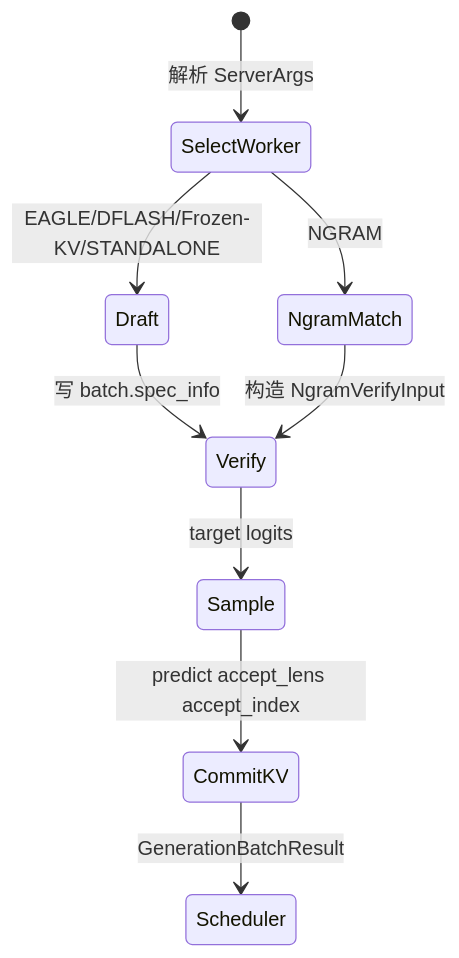
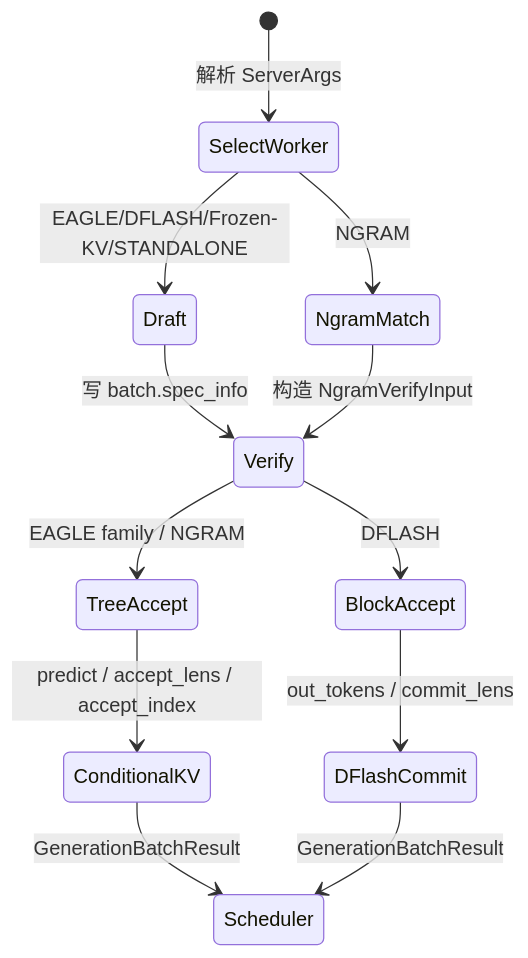
Before and after one commit to OnlyHero5/sglang-reading-vault: the diagram in sglang_reading/高级特性/Speculative/SGLang-Speculative-核心概念.md, drawn with Mermaid. The commit also changed other lines of this file and 512 other files, not shown here.

````diff
--- a/sglang_reading/高级特性/Speculative/SGLang-Speculative-核心概念.md
+++ b/sglang_reading/高级特性/Speculative/SGLang-Speculative-核心概念.md
@@ -29,11 +29,14 @@
 ```mermaid
 stateDiagram-v2
   [*] --> SelectWorker: 解析 ServerArgs
   SelectWorker --> Draft: EAGLE/DFLASH/Frozen-KV/STANDALONE
   SelectWorker --> NgramMatch: NGRAM
   Draft --> Verify: 写 batch.spec_info
   NgramMatch --> Verify: 构造 NgramVerifyInput
-  Verify --> Sample: target logits
-  Sample --> CommitKV: predict accept_lens accept_index
-  CommitKV --> Scheduler: GenerationBatchResult
+  Verify --> TreeAccept: EAGLE family / NGRAM
+  Verify --> BlockAccept: DFLASH
+  TreeAccept --> ConditionalKV: predict / accept_lens / accept_index
+  BlockAccept --> DFlashCommit: out_tokens / commit_lens
+  ConditionalKV --> Scheduler: GenerationBatchResult
+  DFlashCommit --> Scheduler: GenerationBatchResult
 ```
````
